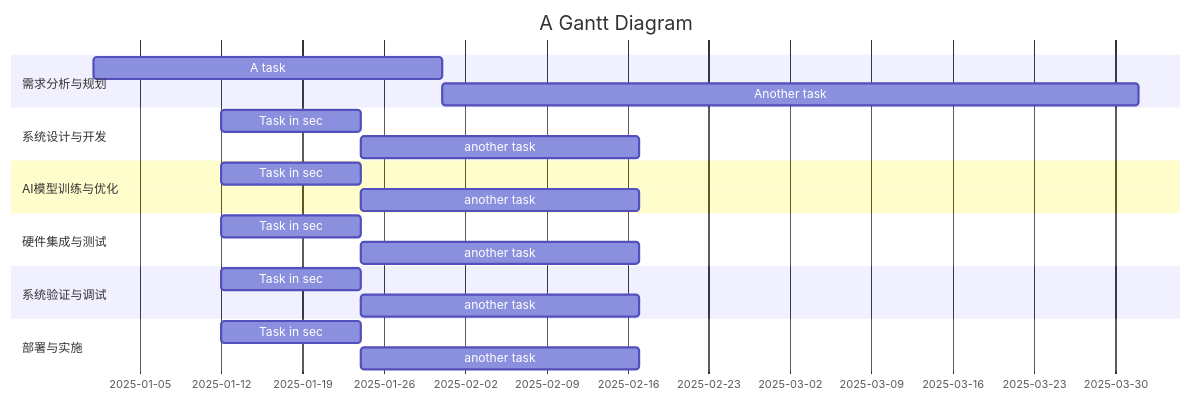
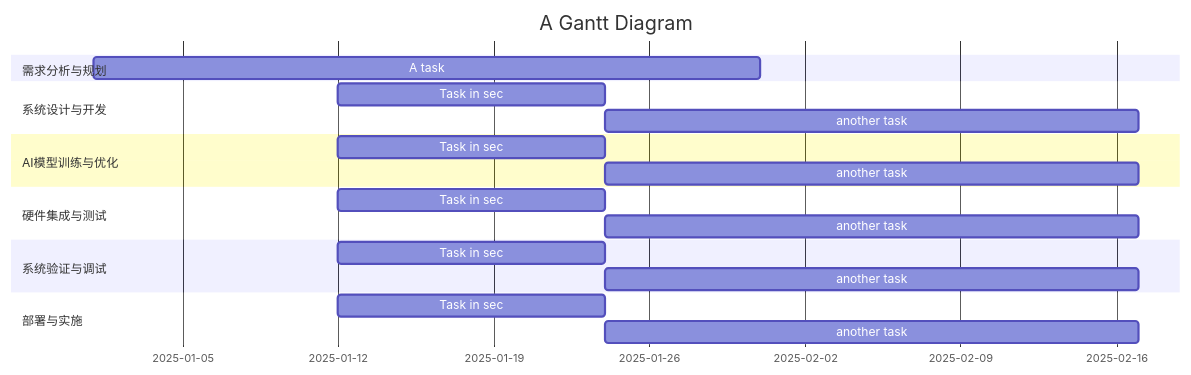
One commit to libobo6/iodraw-files changed the diagram in all/代码甘特图.md. Above: the diagram before and after it, drawn with Mermaid.

Commit message:
2025-01-14 10:55:02 update

````diff
--- a/all/代码甘特图.md
+++ b/all/代码甘特图.md
@@ -1,23 +1,22 @@
 ```mermaid
 gantt
     title A Gantt Diagram
     dateFormat  YYYY-MM-DD
     section 需求分析与规划
     A task           :a1, 2025-01-01, 30d
-    Another task     :after a1  , 60d
     section 系统设计与开发
     Task in sec      :2025-01-12  , 12d
     another task      : 24d
     section AI模型训练与优化
     Task in sec      :2025-01-12  , 12d
     another task      : 24d
     section 硬件集成与测试
     Task in sec      :2025-01-12  , 12d
     another task      : 24d
     section 系统验证与调试
     Task in sec      :2025-01-12  , 12d
     another task      : 24d
     section 部署与实施
     Task in sec      :2025-01-12  , 12d
     another task      : 24d
 ```
````
